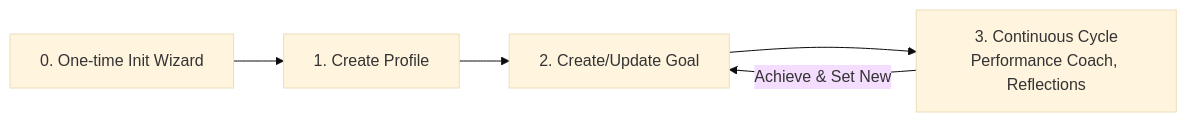
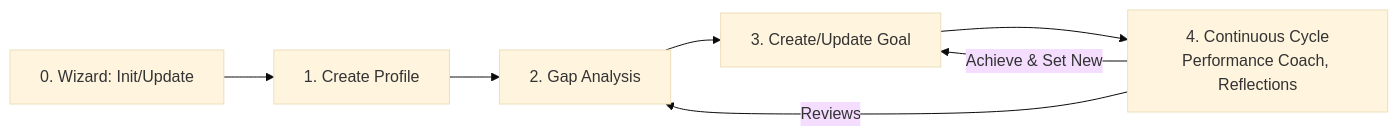
Before and after one commit to hendrik-bene-perdok/personal-performance-assistant: the diagram in README.md, drawn with Mermaid (base theme). The commit also changed other lines of this file and 14 other files, not shown here.

````diff
--- a/README.md
+++ b/README.md
@@ -27,9 +36,11 @@
 ```mermaid
 flowchart LR
-    Init[0. One-time Init Wizard] --> Profile[1. Create Profile]
-    Profile --> Goal[2. Create/Update Goal]
+    Init[0. Wizard: Init/Update] --> Profile[1. Create Profile]
+    Profile --> Gap[2. Gap Analysis]
+    Gap --> Goal[3. Create/Update Goal]
     
     %% The main loop
-    Goal --> Cycle[3. Continuous Cycle<br/>Performance Coach, Reflections]
+    Goal --> Cycle[4. Continuous Cycle<br/>Performance Coach, Reflections]
     Cycle -- Achieve & Set New --> Goal
+    Cycle -- Reviews --> Gap
 ```
````
